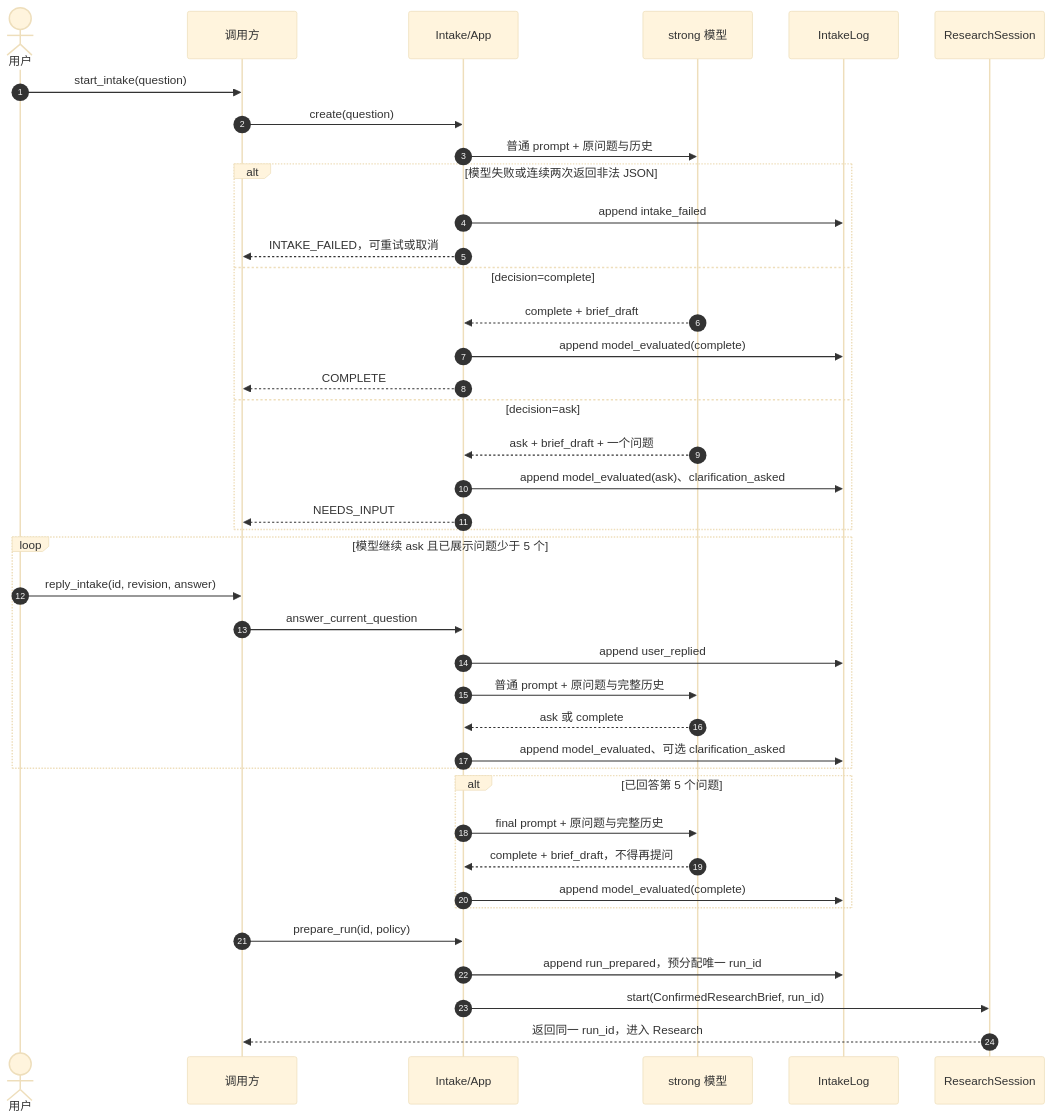
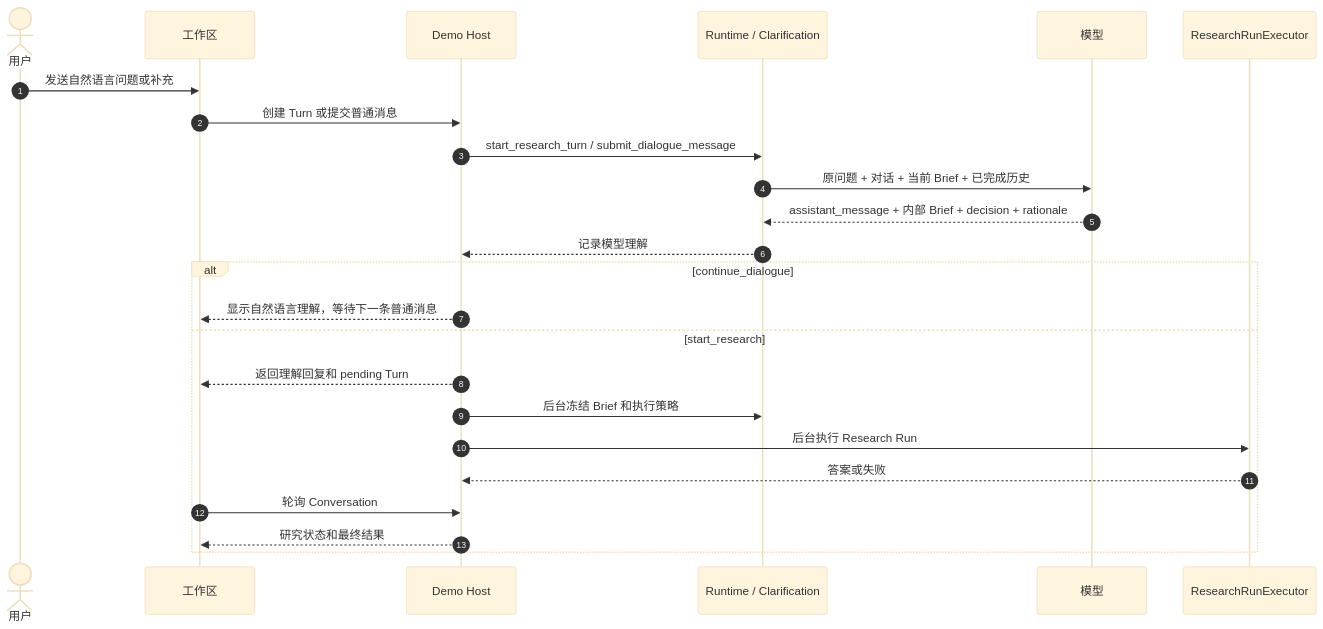
One commit to SuperCatQR/traceable-research-runtime changed the second of 3 diagrams in docs/web-search-architecture.md. Above: the diagram before and after it, drawn with Mermaid (base theme). The commit also changed other lines of this file and 68 other files, not shown here.

First line of the commit message:
feat: add multi-user traceable research workspace

````diff
--- a/docs/web-search-architecture.md
+++ b/docs/web-search-architecture.md
@@ -279,46 +91,27 @@
 ```mermaid
 sequenceDiagram
     autonumber
     actor U as 用户
-    participant W as 调用方
-    participant I as Intake/App
-    participant M as strong 模型
-    participant L as IntakeLog
-    participant S as ResearchSession
+    participant W as 工作区
+    participant H as Demo Host
+    participant R as Runtime / Clarification
+    participant M as 模型
+    participant E as ResearchRunExecutor
 
-    U->>W: start_intake(question)
-    W->>I: create(question)
-    I->>M: 普通 prompt + 原问题与历史
-    alt 模型失败或连续两次返回非法 JSON
-        I->>L: append intake_failed
-        I-->>W: INTAKE_FAILED，可重试或取消
-    else decision=complete
-        M-->>I: complete + brief_draft
-        I->>L: append model_evaluated(complete)
-        I-->>W: COMPLETE
-    else decision=ask
-        M-->>I: ask + brief_draft + 一个问题
-        I->>L: append model_evaluated(ask)、clarification_asked
-        I-->>W: NEEDS_INPUT
+    U->>W: 发送自然语言问题或补充
+    W->>H: 创建 Turn 或提交普通消息
+    H->>R: start_research_turn / submit_dialogue_message
+    R->>M: 原问题 + 对话 + 当前 Brief + 已完成历史
+    M-->>R: assistant_message + 内部 Brief + decision + rationale
+    R-->>H: 记录模型理解
+    alt continue_dialogue
+        H-->>W: 显示自然语言理解，等待下一条普通消息
+    else start_research
+        H-->>W: 返回理解回复和 pending Turn
+        H->>R: 后台冻结 Brief 和执行策略
+        H->>E: 后台执行 Research Run
+        E-->>H: 答案或失败
+        W->>H: 轮询 Conversation
+        H-->>W: 研究状态和最终结果
     end
-
-    loop 模型继续 ask 且已展示问题少于 5 个
-        U->>W: reply_intake(id, revision, answer)
-        W->>I: answer_current_question
-        I->>L: append user_replied
-        I->>M: 普通 prompt + 原问题与完整历史
-        M-->>I: ask 或 complete
-        I->>L: append model_evaluated、可选 clarification_asked
-    end
-
-    alt 已回答第 5 个问题
-        I->>M: final prompt + 原问题与完整历史
-        M-->>I: complete + brief_draft，不得再提问
-        I->>L: append model_evaluated(complete)
-    end
-
-    W->>I: prepare_run(id, policy)
-    I->>L: append run_prepared，预分配唯一 run_id
-    I->>S: start(ConfirmedResearchBrief, run_id)
-    S-->>W: 返回同一 run_id，进入 Research
 ```
````
